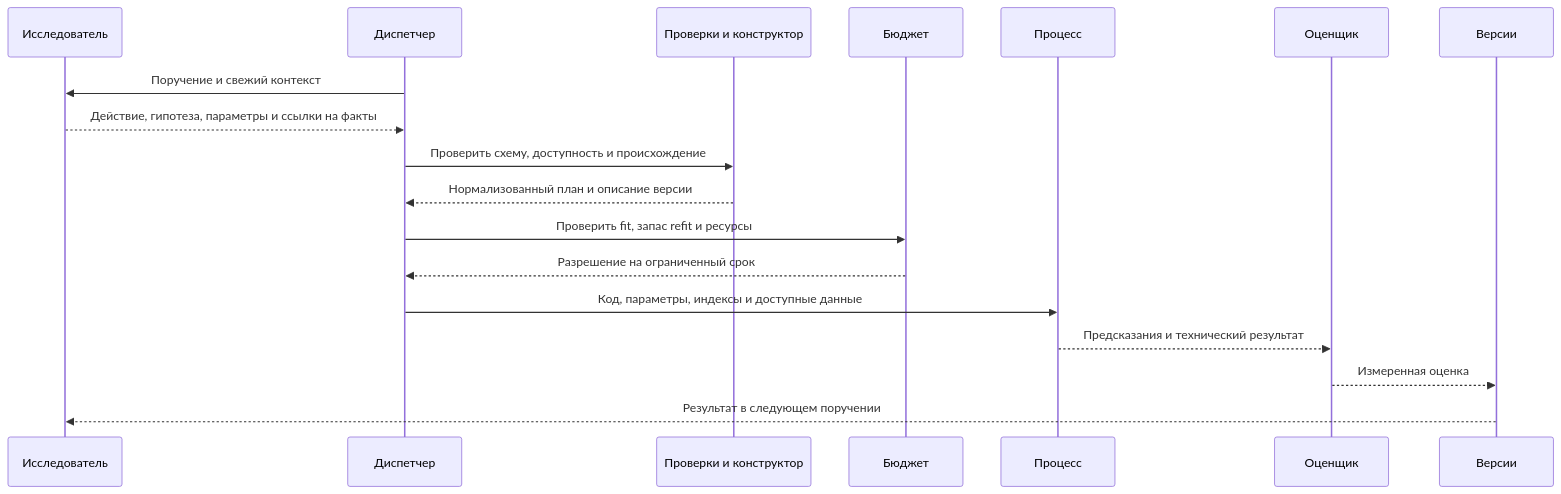
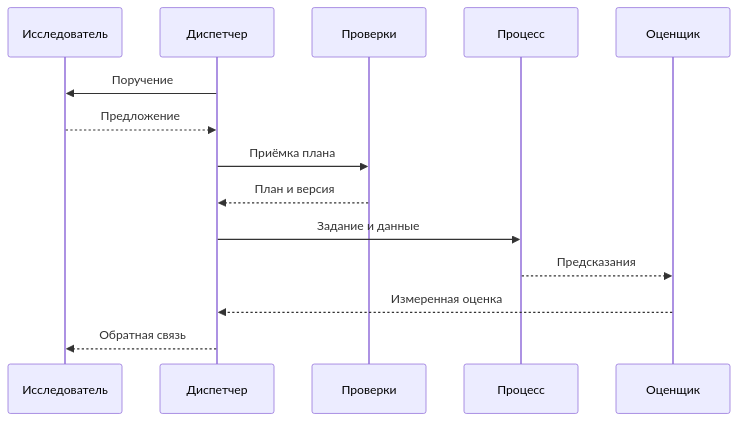
One commit to ExpertDaniil/stepan changed the sixth of 14 diagrams in docs/PROJECT_GUIDE.md. Above: the diagram before and after it, drawn with Mermaid. The commit also changed other lines of this file and 3 other files, not shown here.

Commit message:
docs: record verified release and improve project diagrams

````diff
--- a/docs/PROJECT_GUIDE.md
+++ b/docs/PROJECT_GUIDE.md
@@ -181,20 +182,16 @@
 ```mermaid
 sequenceDiagram
     participant R as Исследователь
     participant D as Диспетчер
-    participant C as Проверки и конструктор
-    participant B as Бюджет
+    participant C as Проверки
     participant W as Процесс
     participant E as Оценщик
-    participant S as Версии
-    D->>R: Поручение и свежий контекст
-    R-->>D: Действие, гипотеза, параметры и ссылки на факты
-    D->>C: Проверить схему, доступность и происхождение
-    C-->>D: Нормализованный план и описание версии
-    D->>B: Проверить fit, запас refit и ресурсы
-    B-->>D: Разрешение на ограниченный срок
-    D->>W: Код, параметры, индексы и доступные данные
-    W-->>E: Предсказания и технический результат
-    E-->>S: Измеренная оценка
-    S-->>R: Результат в следующем поручении
+    D->>R: Поручение
+    R-->>D: Предложение
+    D->>C: Приёмка плана
+    C-->>D: План и версия
+    D->>W: Задание и данные
+    W-->>E: Предсказания
+    E-->>D: Измеренная оценка
+    D-->>R: Обратная связь
 ```
````
